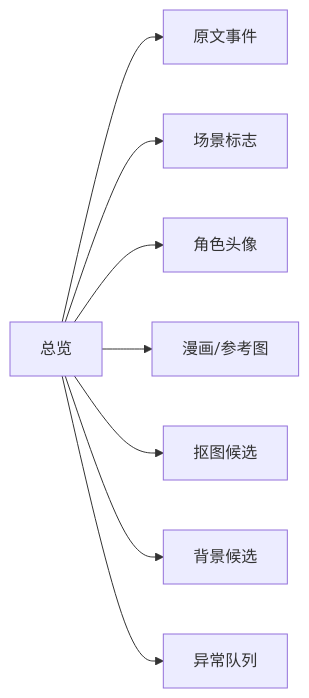
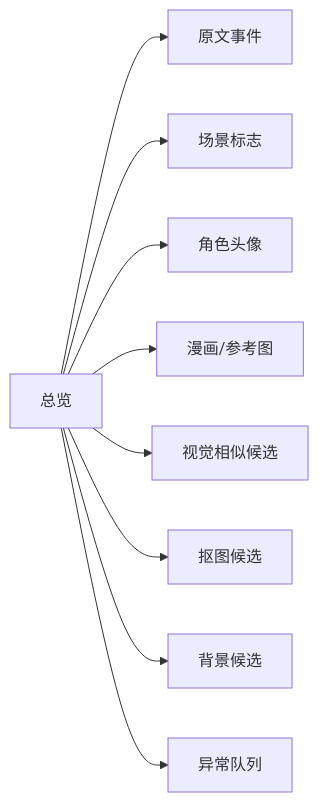
One commit to starrybamboo/tuan-chat-web changed the tenth of 10 diagrams in docs/reference/gululu-replay-data-cleaning-review.md. Above: the diagram before and after it, drawn with Mermaid. The commit also changed other lines of this file, not shown here.

````diff
--- a/docs/reference/gululu-replay-data-cleaning-review.md
+++ b/docs/reference/gululu-replay-data-cleaning-review.md
@@ -522,10 +871,11 @@
 ```mermaid
 flowchart LR
   A["总览"] --> B["原文事件"]
   A --> C["场景标志"]
   A --> D["角色头像"]
   A --> E["漫画/参考图"]
-  A --> F["抠图候选"]
-  A --> G["背景候选"]
-  A --> H["异常队列"]
+  A --> F["视觉相似候选"]
+  A --> G["抠图候选"]
+  A --> H["背景候选"]
+  A --> I["异常队列"]
 ```
````
